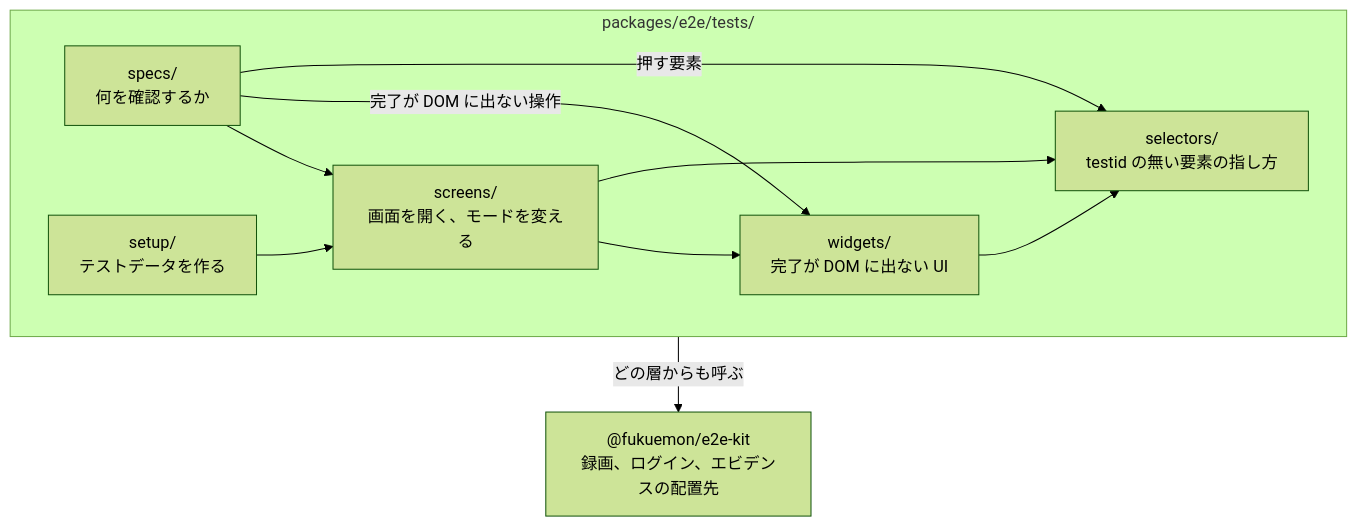
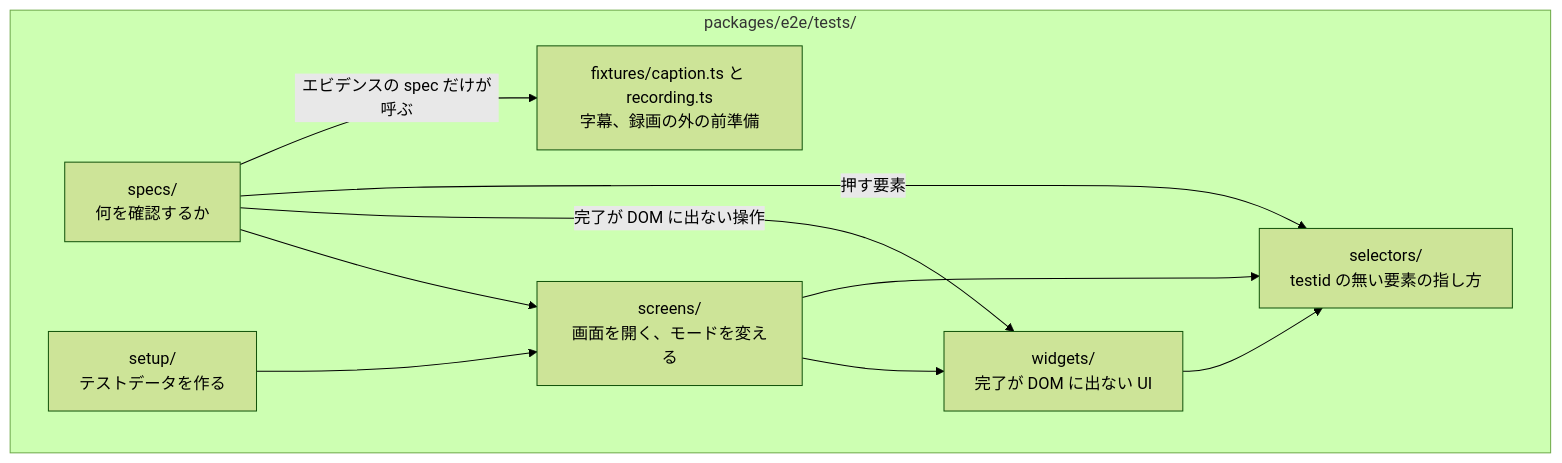
The first of 4 diagrams in packages/e2e/DesignDoc.md (Fukuemon/buddy), drawn with Mermaid (forest theme) before and after one commit. The commit also changed other lines of this file and 4 other files, not shown here.

````diff
--- a/packages/e2e/DesignDoc.md
+++ b/packages/e2e/DesignDoc.md
@@ -53,20 +53,20 @@
 ```mermaid
 flowchart TB
   subgraph product["packages/e2e/tests/"]
     specs["specs/<br/>何を確認するか"]
     setup["setup/<br/>テストデータを作る"]
     screens["screens/<br/>画面を開く、モードを変える"]
     widgets["widgets/<br/>完了が DOM に出ない UI"]
     selectors["selectors/<br/>testid の無い要素の指し方"]
+    capture["fixtures/caption.ts と recording.ts<br/>字幕、録画の外の前準備"]
   end
-  kit["@fukuemon/e2e-kit<br/>録画、ログイン、エビデンスの配置先"]
 
   specs --> screens
   setup --> screens
   specs -->|"完了が DOM に出ない操作"| widgets
   screens --> widgets
   specs -->|"押す要素"| selectors
   screens --> selectors
   widgets --> selectors
-  product -->|"どの層からも呼ぶ"| kit
+  specs -->|"エビデンスの spec だけが呼ぶ"| capture
 ```
````
